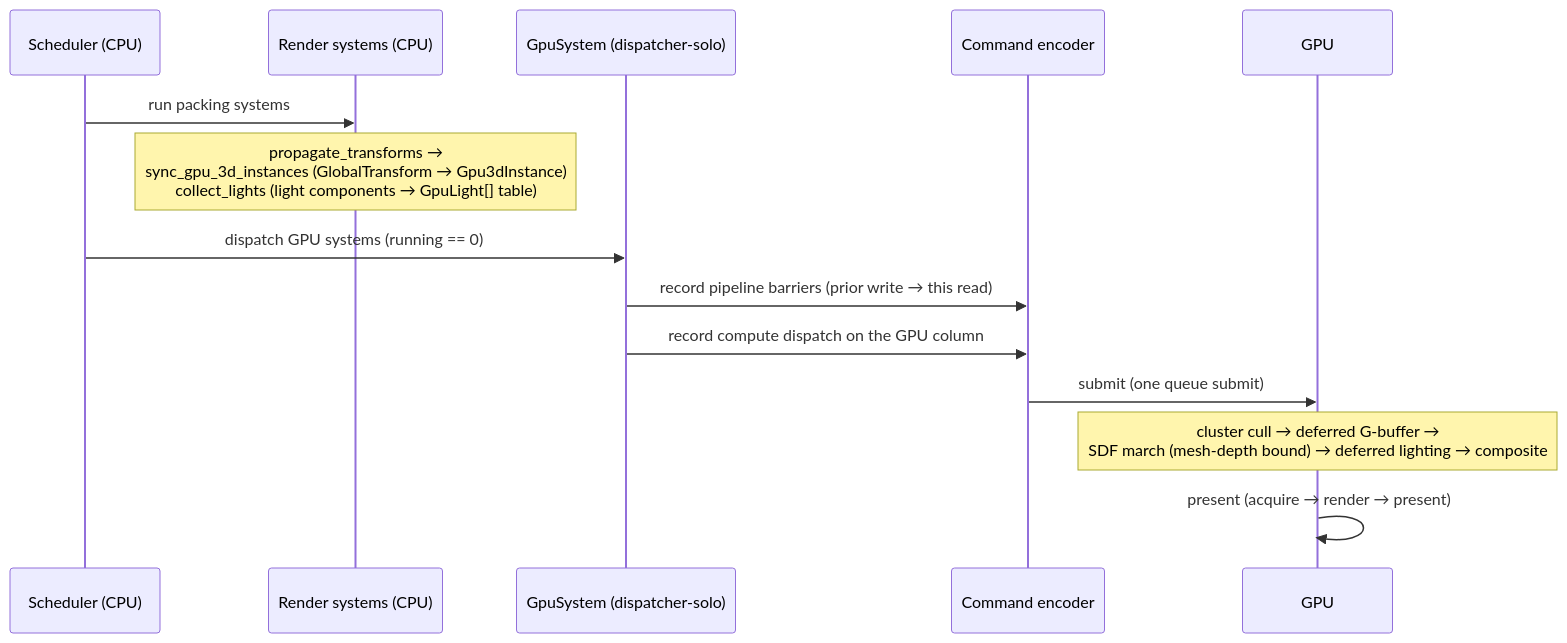
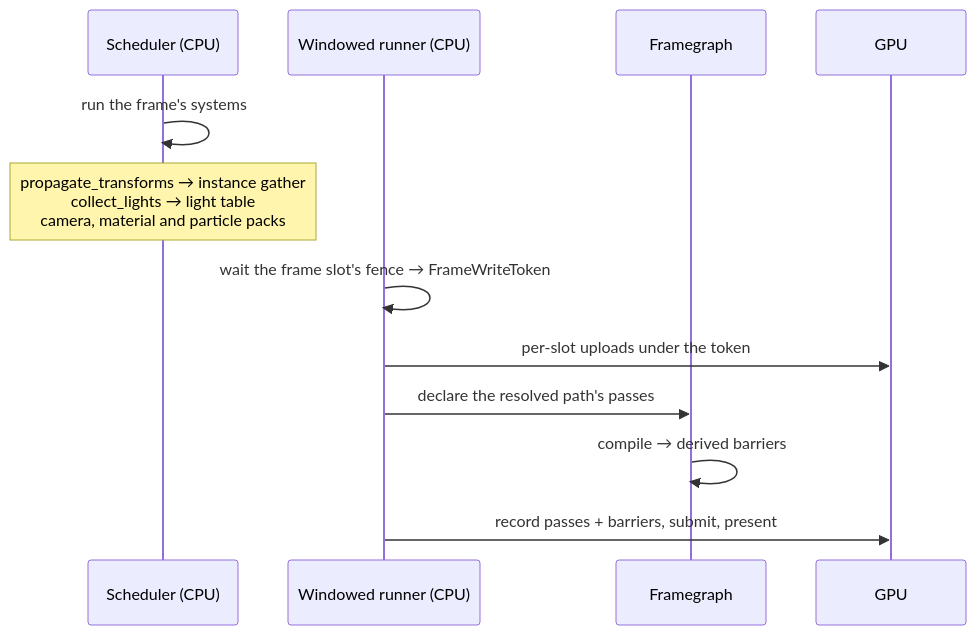
The second of 2 diagrams in book/src/rendering/overview.md (bluesteelll/boyko-engine), drawn with Mermaid before and after one commit. The commit also changed other lines of this file and 20 other files, not shown here.

````diff
--- a/book/src/rendering/overview.md
+++ b/book/src/rendering/overview.md
@@ -156,17 +200,15 @@
 ```mermaid
 sequenceDiagram
     participant Sched as Scheduler (CPU)
-    participant Sys as Render systems (CPU)
-    participant GS as GpuSystem (dispatcher-solo)
-    participant Enc as Command encoder
+    participant Run as Windowed runner (CPU)
+    participant FG as Framegraph
     participant GPU as GPU
 
-    Sched->>Sys: run packing systems
-    Note over Sys: propagate_transforms →<br/>sync_gpu_3d_instances (GlobalTransform → Gpu3dInstance)<br/>collect_lights (light components → GpuLight[] table)
-    Sched->>GS: dispatch GPU systems (running == 0)
-    GS->>Enc: record pipeline barriers (prior write → this read)
-    GS->>Enc: record compute dispatch on the GPU column
-    Enc->>GPU: submit (one queue submit)
-    Note over GPU: cluster cull → deferred G-buffer →<br/>SDF march (mesh-depth bound) → deferred lighting → composite
-    GPU->>GPU: present (acquire → render → present)
+    Sched->>Sched: run the frame's systems
+    Note over Sched: propagate_transforms → instance gather<br/>collect_lights → light table<br/>camera, material and particle packs
+    Run->>Run: wait the frame slot's fence → FrameWriteToken
+    Run->>GPU: per-slot uploads under the token
+    Run->>FG: declare the resolved path's passes
+    FG->>FG: compile → derived barriers
+    Run->>GPU: record passes + barriers, submit, present
 ```
````
